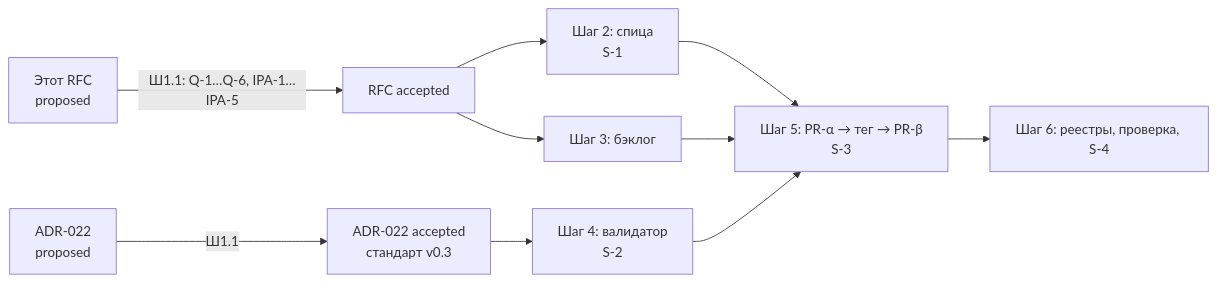
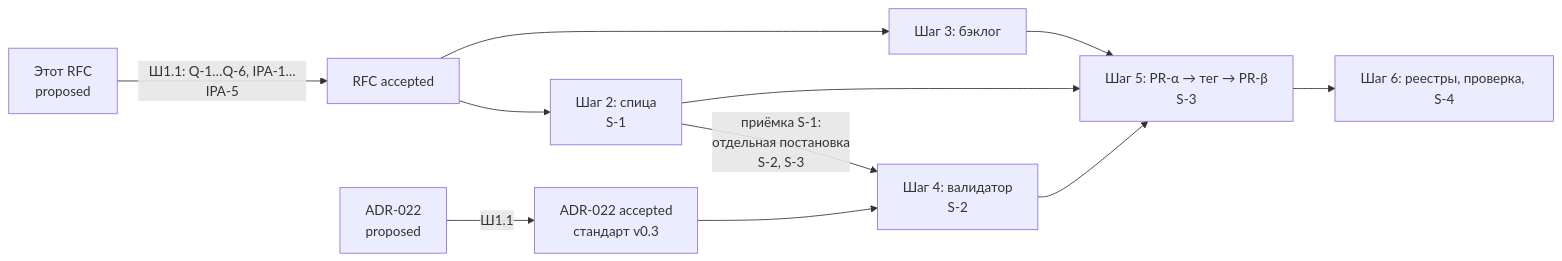
One commit to G-Ivan-A/hybrid-Intelligence-lab changed the diagram in docs/rfc/2026-11-04-rfc-gra-extraction-completion-and-hub-cleanup.md. Above: the diagram before and after it, drawn with Mermaid. The commit also changed other lines of this file and 2 other files, not shown here.

First line of the commit message:
docs(#721): RFC 0.2 — постановка S-1 для aether-orbis-gra и отдельная постановка очистки Хаба

````diff
--- a/docs/rfc/2026-11-04-rfc-gra-extraction-completion-and-hub-cleanup.md
+++ b/docs/rfc/2026-11-04-rfc-gra-extraction-completion-and-hub-cleanup.md
@@ -537,12 +606,13 @@
 ```mermaid
 flowchart LR
     R[Этот RFC<br/>proposed] -->|Ш1.1: Q-1…Q-6, IPA-1…IPA-5| A[RFC accepted]
     ADR[ADR-022<br/>proposed] -->|Ш1.1| ADRA[ADR-022 accepted<br/>стандарт v0.3]
     A --> S2[Шаг 2: спица<br/>S-1]
     A --> S3[Шаг 3: бэклог]
     ADRA --> S4[Шаг 4: валидатор<br/>S-2]
+    S2 -->|приёмка S-1:<br/>отдельная постановка<br/>S-2, S-3| S4
     S2 --> S5[Шаг 5: PR-α → тег → PR-β<br/>S-3]
     S3 --> S5
     S4 --> S5
     S5 --> S6[Шаг 6: реестры, проверка, S-4]
 ```
````
